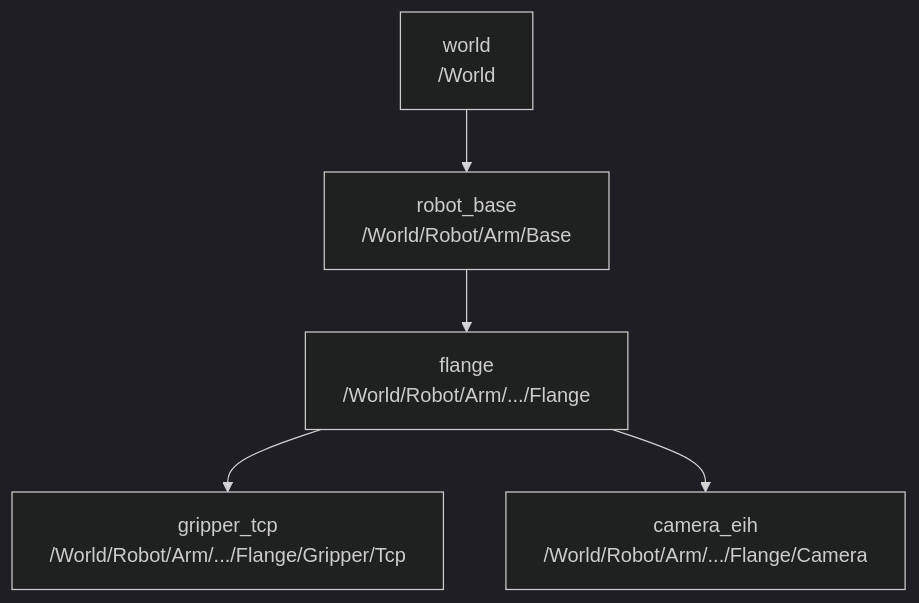
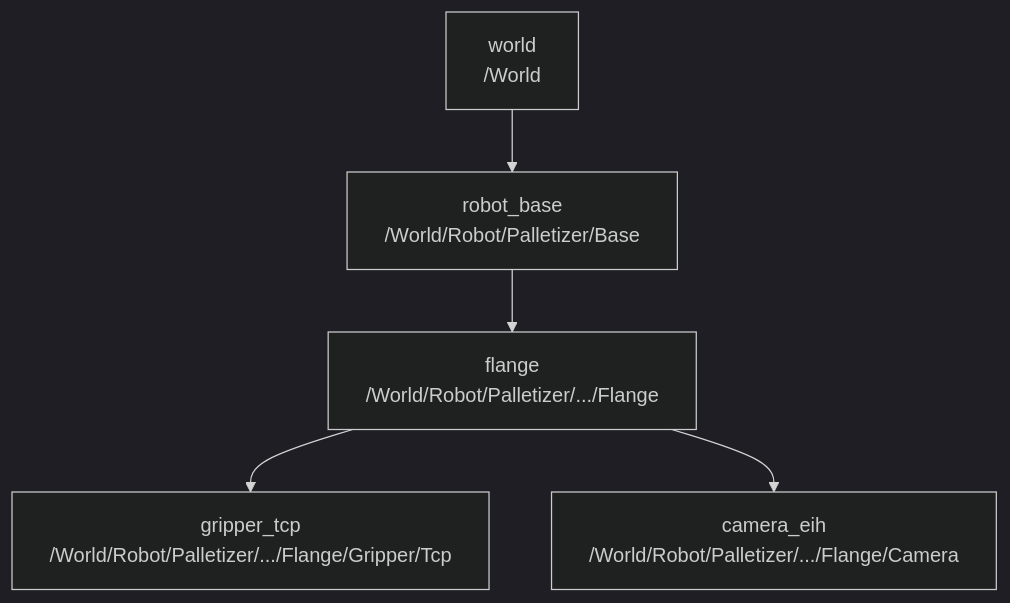
The diagram in samples/Robotics/BinPickingCell/README.md (OPCFoundation/UA-.NETStandard), drawn with Mermaid (dark theme) before and after one commit. The commit also changed other lines of this file and 32 other files, not shown here.

First line of the commit message:
Replace bin-picking arm with stable palletizer

````diff
--- a/samples/Robotics/BinPickingCell/README.md
+++ b/samples/Robotics/BinPickingCell/README.md
@@ -23,7 +23,7 @@
 ```mermaid
 flowchart TD
-    World["world<br/>/World"] --> Base["robot_base<br/>/World/Robot/Arm/Base"]
-    Base --> Flange["flange<br/>/World/Robot/Arm/.../Flange"]
-    Flange --> Tcp["gripper_tcp<br/>/World/Robot/Arm/.../Flange/Gripper/Tcp"]
-    Flange --> Camera["camera_eih<br/>/World/Robot/Arm/.../Flange/Camera"]
+    World["world<br/>/World"] --> Base["robot_base<br/>/World/Robot/Palletizer/Base"]
+    Base --> Flange["flange<br/>/World/Robot/Palletizer/.../Flange"]
+    Flange --> Tcp["gripper_tcp<br/>/World/Robot/Palletizer/.../Flange/Gripper/Tcp"]
+    Flange --> Camera["camera_eih<br/>/World/Robot/Palletizer/.../Flange/Camera"]
 ```
````
